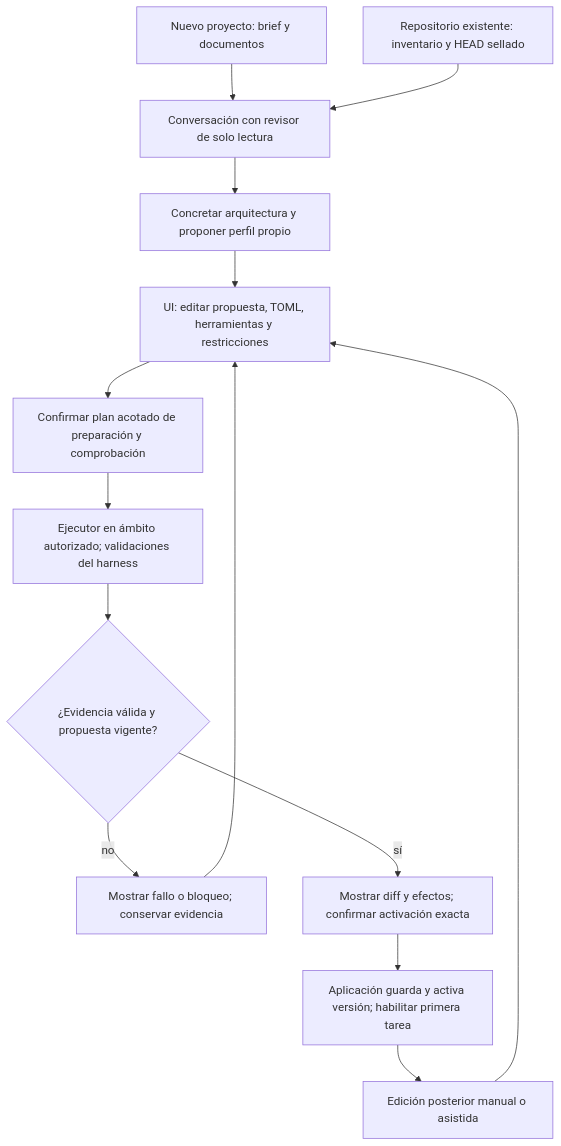
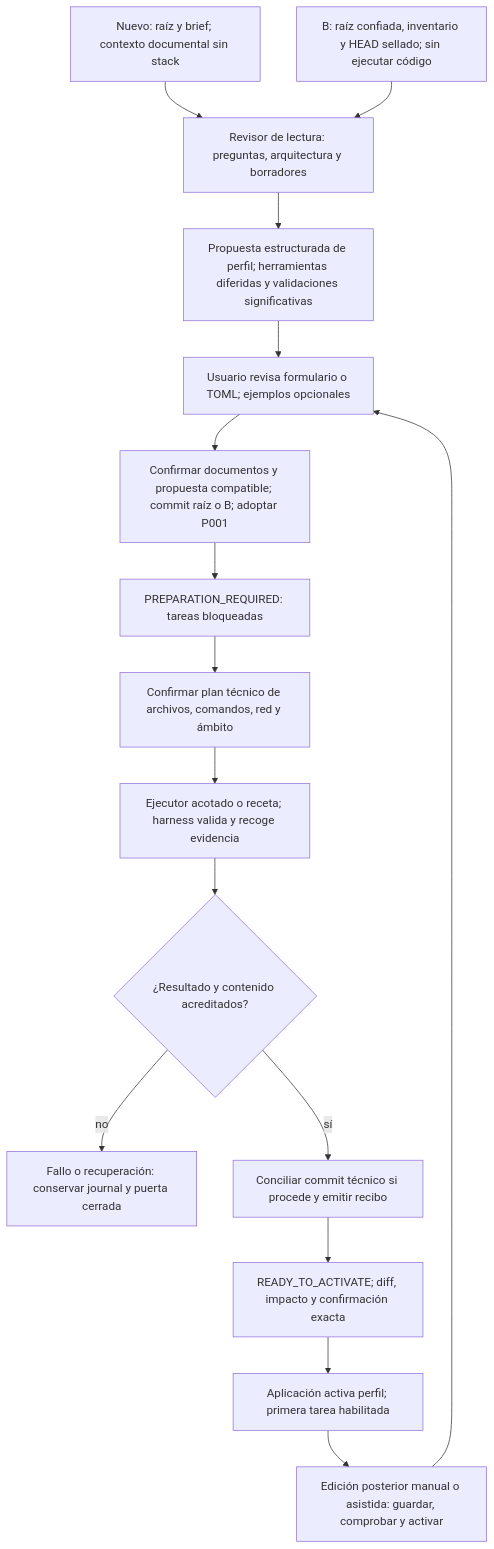
One commit to AcostaDDev/my-harness-archive changed the fourth of 4 diagrams in docs/flows/configuration-setup.md. Above: the diagram before and after it, drawn with Mermaid. The commit also changed other lines of this file and 16 other files, not shown here.

````diff
--- a/docs/flows/configuration-setup.md
+++ b/docs/flows/configuration-setup.md
@@ -33,16 +86,18 @@
 ```mermaid
 flowchart TD
-    A["Nuevo proyecto: brief y documentos"] --> C["Conversación con revisor de solo lectura"]
-    B["Repositorio existente: inventario y HEAD sellado"] --> C
-    C --> D["Concretar arquitectura y proponer perfil propio"]
-    D --> E["UI: editar propuesta, TOML, herramientas y restricciones"]
-    E --> F["Confirmar plan acotado de preparación y comprobación"]
-    F --> G["Ejecutor en ámbito autorizado; validaciones del harness"]
-    G --> H{"¿Evidencia válida y propuesta vigente?"}
-    H -- no --> I["Mostrar fallo o bloqueo; conservar evidencia"]
-    I --> E
-    H -- sí --> J["Mostrar diff y efectos; confirmar activación exacta"]
-    J --> K["Aplicación guarda y activa versión; habilitar primera tarea"]
-    K --> L["Edición posterior manual o asistida"]
-    L --> E
+    A["Nuevo: raíz y brief; contexto documental sin stack"] --> C["Revisor de lectura: preguntas, arquitectura y borradores"]
+    B["B: raíz confiada, inventario y HEAD sellado; sin ejecutar código"] --> C
+    C --> D["Propuesta estructurada de perfil; herramientas diferidas y validaciones significativas"]
+    D --> E["Usuario revisa formulario o TOML; ejemplos opcionales"]
+    E --> F["Confirmar documentos y propuesta compatible; commit raíz o B; adoptar P001"]
+    F --> G["PREPARATION_REQUIRED: tareas bloqueadas"]
+    G --> H["Confirmar plan técnico de archivos, comandos, red y ámbito"]
+    H --> I["Ejecutor acotado o receta; harness valida y recoge evidencia"]
+    I --> J{"¿Resultado y contenido acreditados?"}
+    J -- no --> K["Fallo o recuperación: conservar journal y puerta cerrada"]
+    J -- sí --> L["Conciliar commit técnico si procede y emitir recibo"]
+    L --> M["READY_TO_ACTIVATE; diff, impacto y confirmación exacta"]
+    M --> N["Aplicación activa perfil; primera tarea habilitada"]
+    N --> O["Edición posterior manual o asistida: guardar, comprobar y activar"]
+    O --> E
 ```
````
